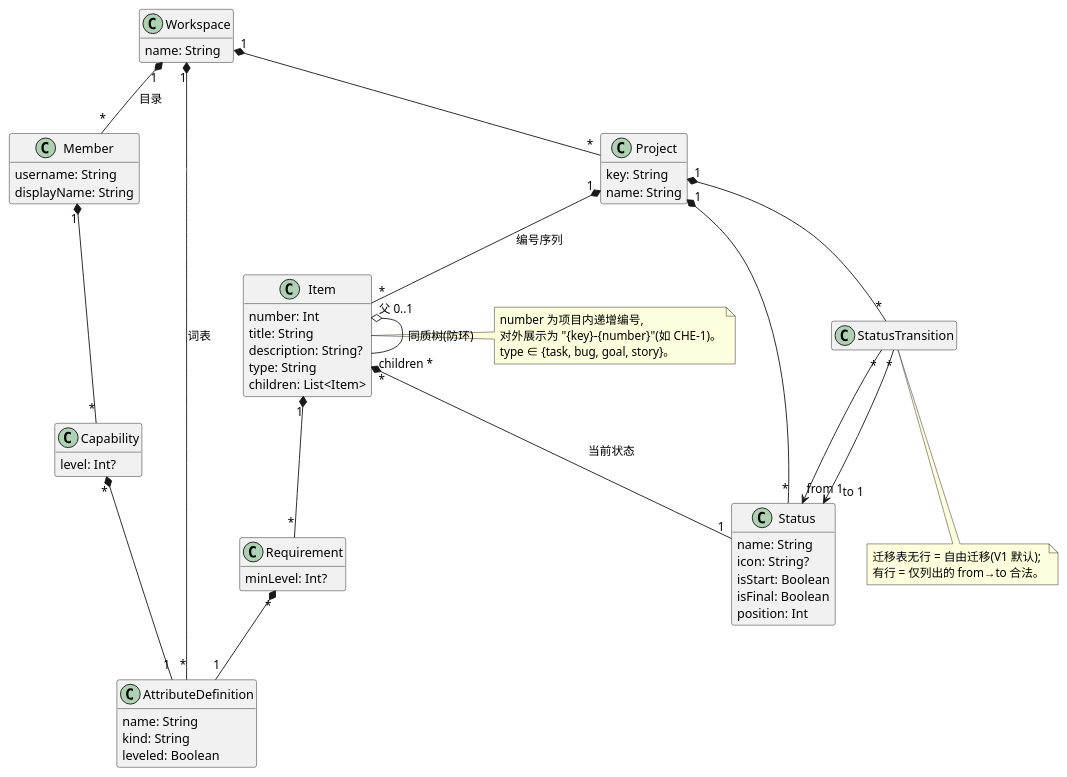
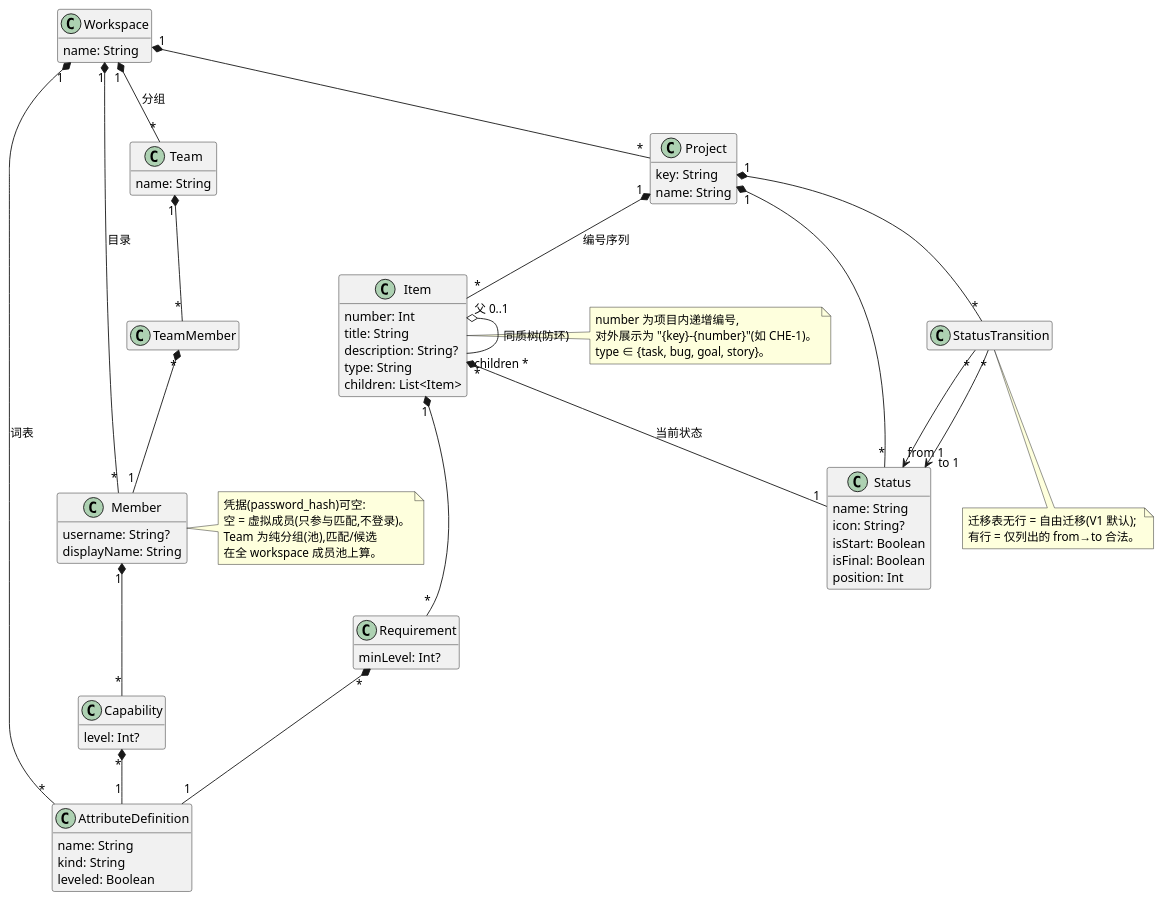
The diagram in docs/architecture/entities.puml (jcwhmn/yangzhou), drawn with PlantUML before and after one commit. The commit also changed 12 other files, not shown here.

Commit message:
JCW-87: 虚拟成员 + Team 分组——V4 migration(password_hash/username 可空=虚拟成员;team/team_member 级联);成员 CRUD(虚拟无凭据不可登录,登录账号不可删,删虚拟成员清能力);成员维度能力自评(capability core 收 Member,me 端点委托零破坏);Team CRUD+成员进出(可属多组,幂等);current() 改判凭据;entities.puml 同步;黑盒测试 7 例 + bootRun 实证本地库 V3→V4 升级链

```diff
--- a/docs/architecture/entities.puml
+++ b/docs/architecture/entities.puml
@@ -1,76 +1,89 @@
 @startuml
 hide empty members
 ' yangzhou.persistence — schema 实体概念图(V1__core.sql + V2__workflow.sql)
 ' 只画领域字段;infra(id/objectId/createdAt/updatedAt/passwordHash/lastItemNumber)不画;
 ' parentId 不画,反转为父侧 children(List)。真相源是 Flyway schema:改表必须同步此图(AGENTS.md「类图」)。
 hide empty members
 skinparam classAttributeIconSize 0
 
 class Workspace {
   name: String
 }
 class Member {
-  username: String
+  username: String?
   displayName: String
 }
 class AttributeDefinition {
   name: String
   kind: String
   leveled: Boolean
 }
 class Capability {
   level: Int?
 }
 class Project {
   key: String
   name: String
 }
 class Status {
   name: String
   icon: String?
   isStart: Boolean
   isFinal: Boolean
   position: Int
 }
 class StatusTransition
+class Team {
+  name: String
+}
 class Item {
   number: Int
   title: String
   description: String?
   type: String
   children: List<Item>
 }
 class Requirement {
   minLevel: Int?
 }
 
 Workspace "1" *-- "*" Member : 目录
 Workspace "1" *-- "*" AttributeDefinition : 词表
+Workspace "1" *-- "*" Team : 分组
+Team "1" *-- "*" TeamMember
+TeamMember "*" *-- "1" Member
+
 Workspace "1" *-- "*" Project
 
 Member "1" *-- "*" Capability
 Capability "*" *-- "1" AttributeDefinition
 
 Project "1" *-- "*" Item : 编号序列
 Project "1" *-- "*" Status
 Project "1" *-- "*" StatusTransition
 
 Item "父 0..1" o-- "children *" Item : 同质树(防环)
 
 Item "*" *-- "1" Status : 当前状态
 Item "1" *-- "*" Requirement
 Requirement "*" *-- "1" AttributeDefinition
 
 StatusTransition "*" --> "from 1" Status
 StatusTransition "*" --> "to 1" Status
 
 note bottom of StatusTransition
   迁移表无行 = 自由迁移(V1 默认);
   有行 = 仅列出的 from→to 合法。
 end note
+note right of Member
+  凭据(password_hash)可空:
+  空 = 虚拟成员(只参与匹配,不登录)。
+  Team 为纯分组(池),匹配/候选
+  在全 workspace 成员池上算。
+end note
 note right of Item
   number 为项目内递增编号,
   对外展示为 "{key}-{number}"(如 CHE-1)。
   type ∈ {task, bug, goal, story}。
 end note
 @enduml
```
